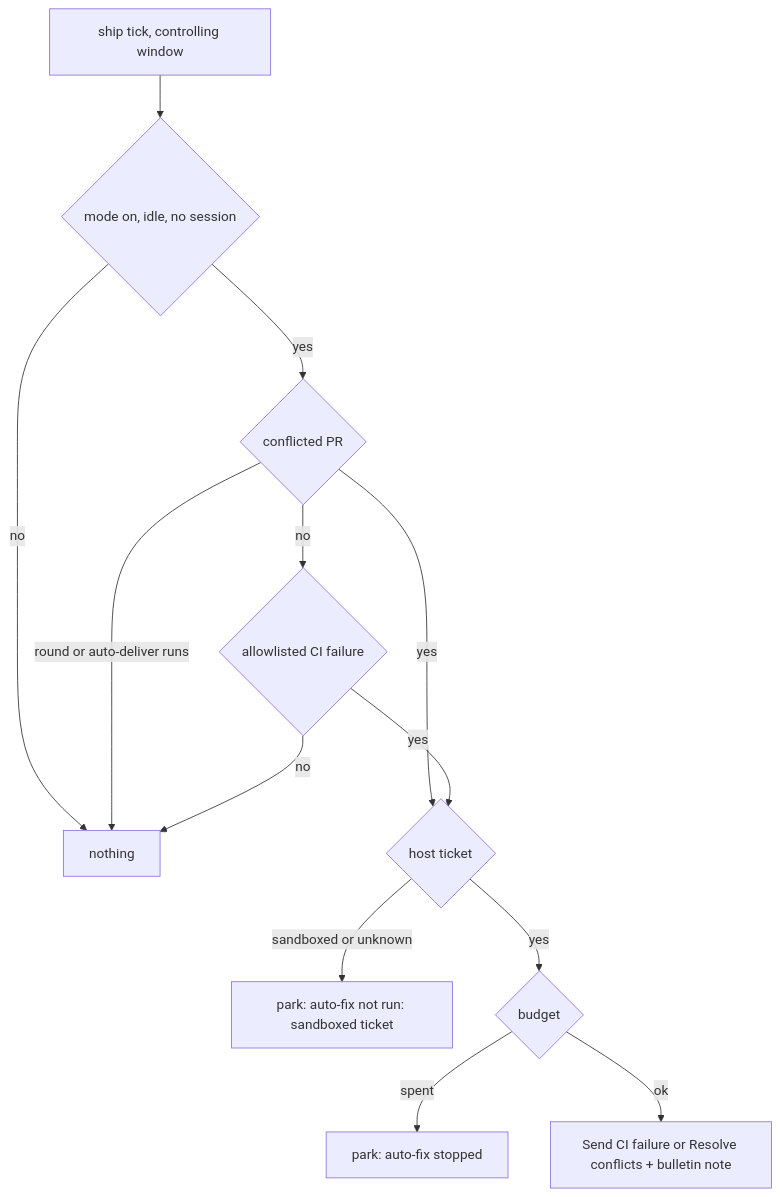
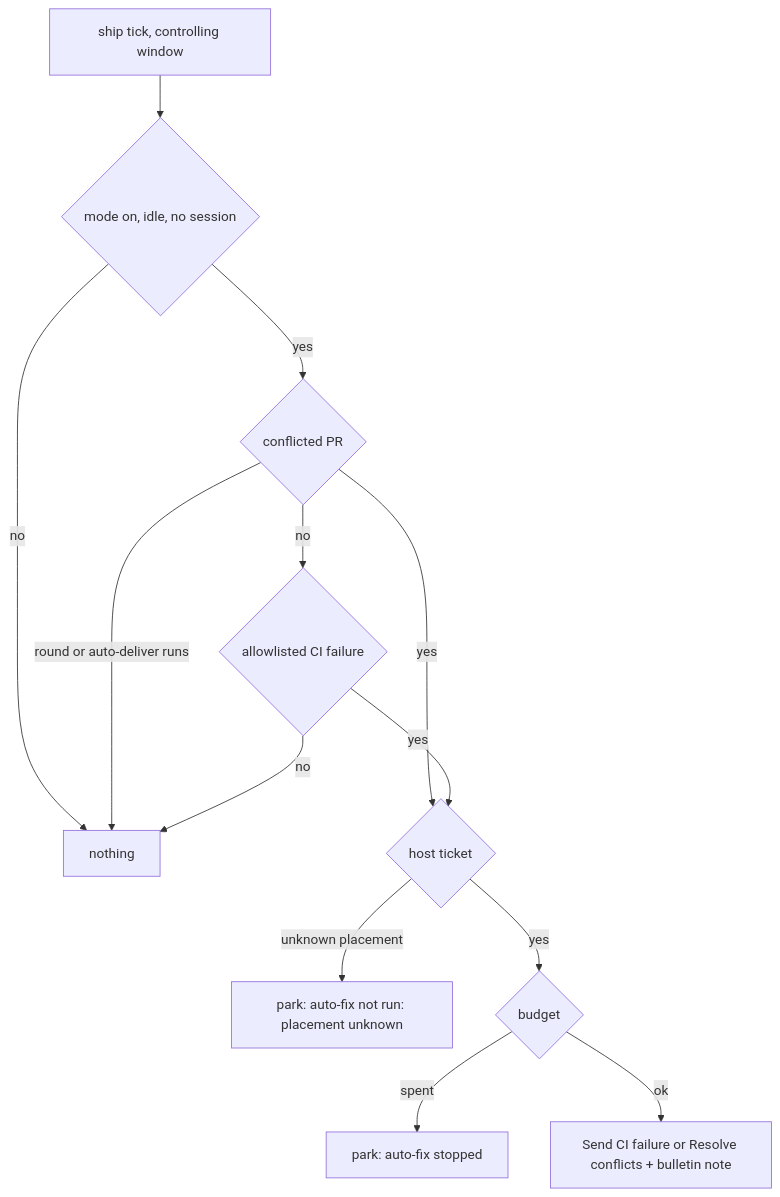
The diagram in docs/arch/autopilot.md (AndrewHaluza/karst), drawn with Mermaid before and after one commit. The commit also changed other lines of this file and 16 other files, not shown here.

````diff
--- a/docs/arch/autopilot.md
+++ b/docs/arch/autopilot.md
@@ -24,15 +24,15 @@
 ```mermaid
 flowchart TD
   T[ship tick, controlling window] --> G{mode on, idle, no session}
   G -->|no| X[nothing]
   G -->|yes| C{conflicted PR}
   C -->|round or auto-deliver runs| X
   C -->|yes| H
   C -->|no| P{allowlisted CI failure}
   P -->|no| X
   P -->|yes| H{host ticket}
-  H -->|sandboxed or unknown| Q[park: auto-fix not run: sandboxed ticket]
+  H -->|unknown placement| Q[park: auto-fix not run: placement unknown]
   H -->|yes| B{budget}
   B -->|spent| W[park: auto-fix stopped]
   B -->|ok| N[Send CI failure or Resolve conflicts + bulletin note]
 ```
````
